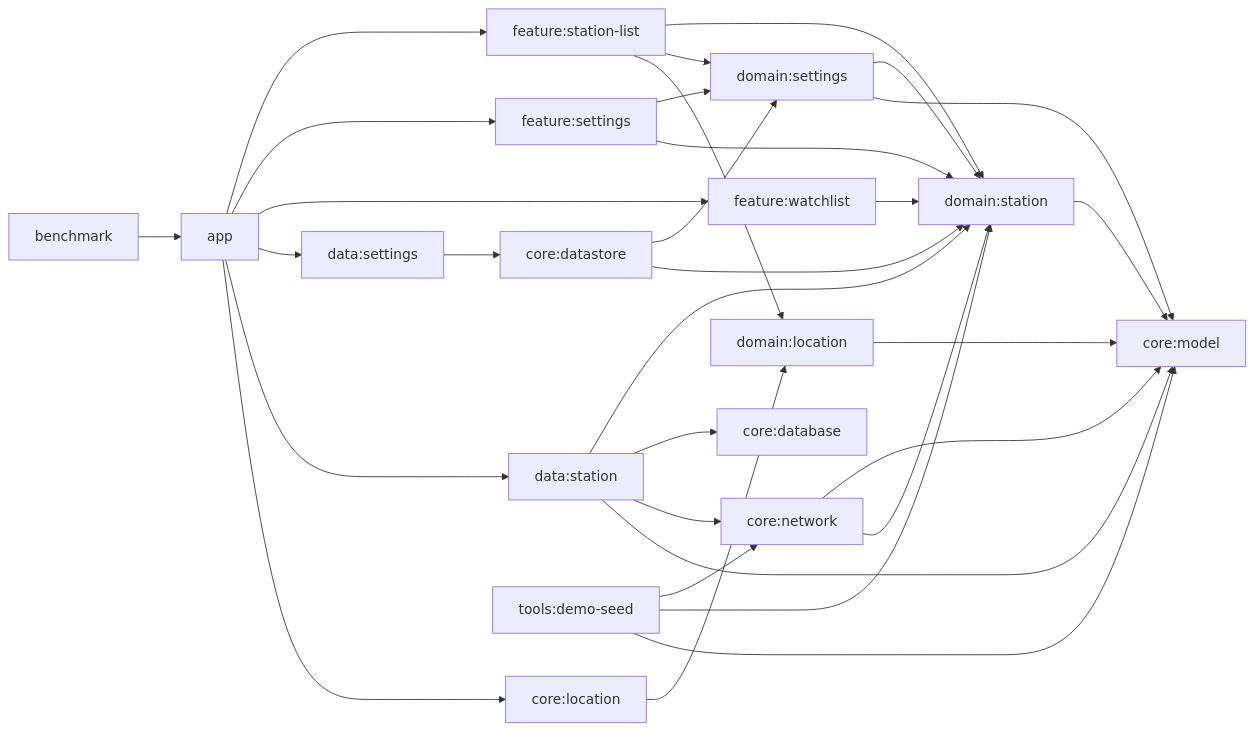
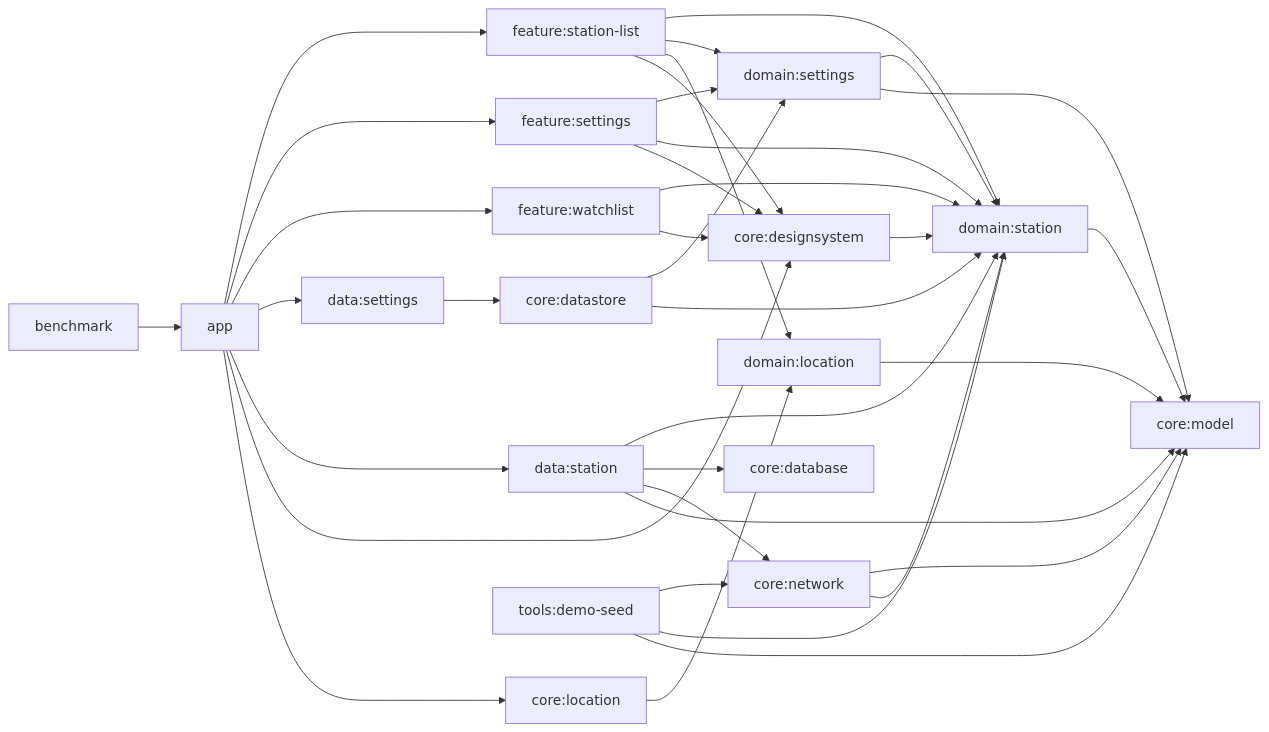
Before and after one commit to beyondwin/GasStation: the diagram in README.md, drawn with Mermaid. The commit also changed other lines of this file and 8 other files, not shown here.

````diff
--- a/README.md
+++ b/README.md
@@ -40,36 +40,41 @@
 ```mermaid
 flowchart LR
     app["app"] --> fstation["feature:station-list"]
     app --> fsettings["feature:settings"]
     app --> fwatch["feature:watchlist"]
     app --> dsettings["data:settings"]
     app --> dstation["data:station"]
+    app --> cdesign["core:designsystem"]
     app --> clocation["core:location"]
 
     fstation --> domStation["domain:station"]
     fstation --> domSettings["domain:settings"]
     fstation --> domLocation["domain:location"]
+    fstation --> cdesign
     fsettings --> domSettings
     fsettings --> domStation
+    fsettings --> cdesign
     fwatch --> domStation
+    fwatch --> cdesign
 
     dstation --> domStation
     dstation --> cdb["core:database"]
     dstation --> cnet["core:network"]
     dstation --> cmodel["core:model"]
     dsettings --> cstore["core:datastore"]
     cstore --> domSettings
     cstore --> domStation
     cnet --> cmodel
     cnet --> domStation
+    cdesign --> domStation
     clocation --> domLocation
     domSettings --> domStation
     domSettings --> cmodel
     domLocation --> cmodel
     domStation --> cmodel
 
     tools["tools:demo-seed"] --> cnet
     tools --> domStation
     tools --> cmodel
     benchmark["benchmark"] --> app
 ```
````
